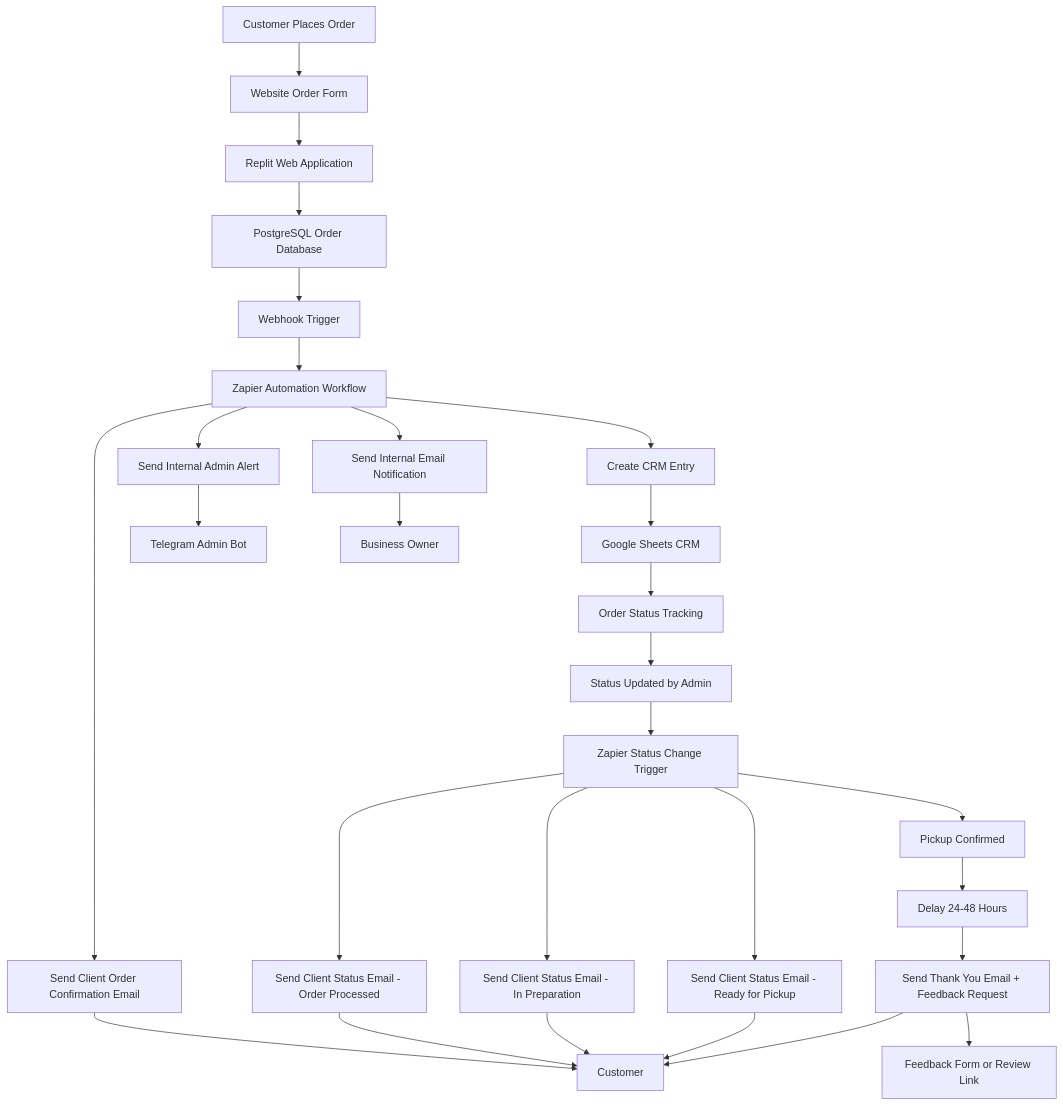
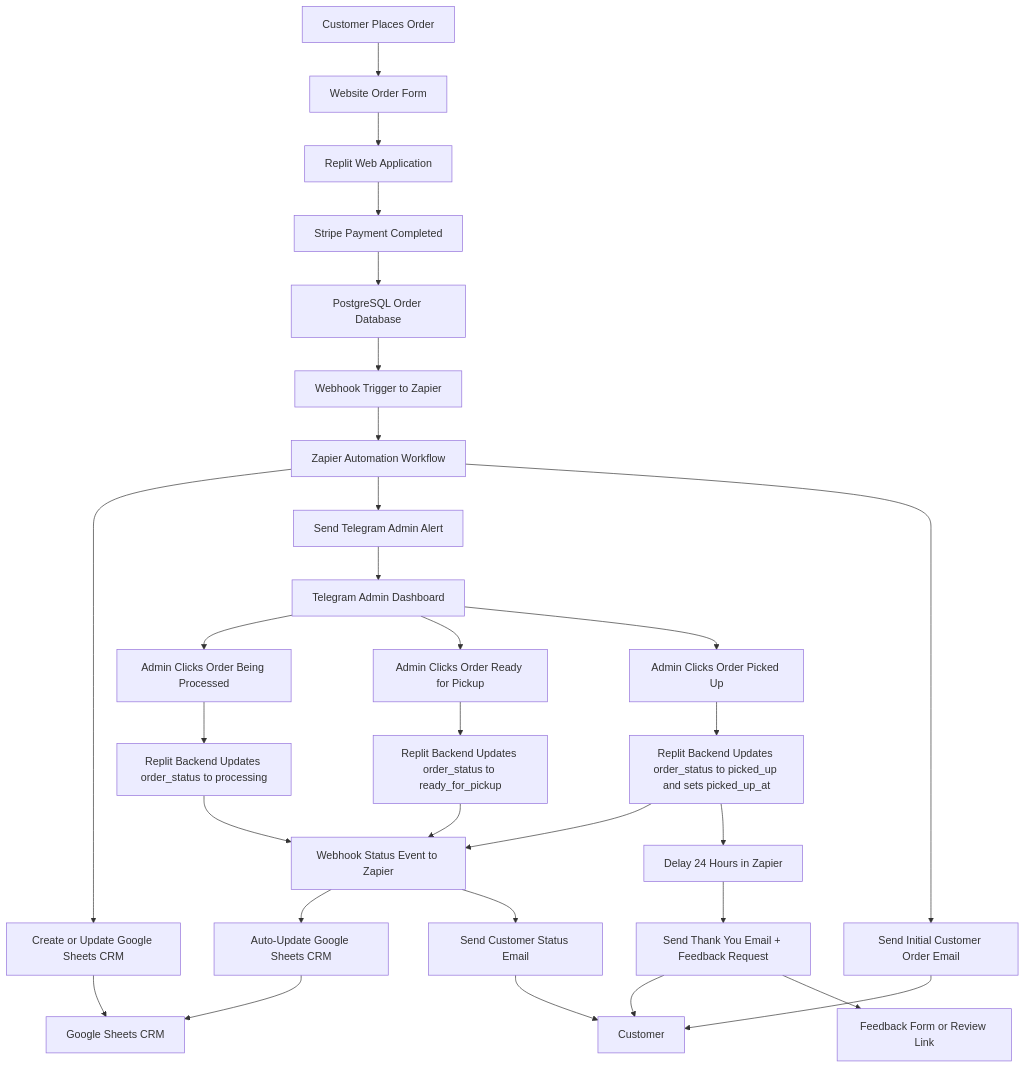
Before and after one commit to jamalfrnk/detroit-choices-automation-case-study: the diagram in architecture/system-architecture.md, drawn with Mermaid. The commit also changed other lines of this file and 7 other files, not shown here.

Commit message:
Cleanup pass: correct architecture to reflect final Telegram/backend/webhook design

````diff
--- a/architecture/system-architecture.md
+++ b/architecture/system-architecture.md
@@ -101,44 +126,44 @@
 ```mermaid
 flowchart TD
 
 A[Customer Places Order] --> B[Website Order Form]
 B --> C[Replit Web Application]
-C --> D[PostgreSQL Order Database]
+C --> D[Stripe Payment Completed]
+D --> E[PostgreSQL Order Database]
 
-D --> E[Webhook Trigger]
-E --> F[Zapier Automation Workflow]
+E --> F[Webhook Trigger to Zapier]
+F --> G[Zapier Automation Workflow]
 
-F --> G[Create CRM Entry]
-G --> H[Google Sheets CRM]
+G --> H[Create or Update Google Sheets CRM]
+H --> I[Google Sheets CRM]
 
-F --> I[Send Internal Admin Alert]
-I --> J[Telegram Admin Bot]
+G --> J[Send Telegram Admin Alert]
+J --> K[Telegram Admin Dashboard]
 
-F --> K[Send Internal Email Notification]
-K --> L[Business Owner]
+G --> L[Send Initial Customer Order Email]
+L --> M[Customer]
 
-F --> M[Send Client Order Confirmation Email]
-M --> N[Customer]
+K --> N[Admin Clicks Order Being Processed]
+K --> O[Admin Clicks Order Ready for Pickup]
+K --> P[Admin Clicks Order Picked Up]
 
-H --> O[Order Status Tracking]
+N --> Q[Replit Backend Updates order_status to processing]
+O --> R[Replit Backend Updates order_status to ready_for_pickup]
+P --> S[Replit Backend Updates order_status to picked_up and sets picked_up_at]
 
-O --> P[Status Updated by Admin]
-P --> Q[Zapier Status Change Trigger]
+Q --> T[Webhook Status Event to Zapier]
+R --> T
+S --> T
 
-Q --> R[Send Client Status Email - Order Processed]
-R --> N
+T --> U[Auto-Update Google Sheets CRM]
+U --> I
 
-Q --> S[Send Client Status Email - In Preparation]
-S --> N
+T --> V[Send Customer Status Email]
+V --> M
 
-Q --> T[Send Client Status Email - Ready for Pickup]
-T --> N
+S --> W[Delay 24 Hours in Zapier]
+W --> X[Send Thank You Email + Feedback Request]
+X --> M
 
-Q --> U[Pickup Confirmed]
-U --> V[Delay 24-48 Hours]
-
-V --> W[Send Thank You Email + Feedback Request]
-W --> N
-
-W --> X[Feedback Form or Review Link]
+X --> Y[Feedback Form or Review Link]
 ```
````
